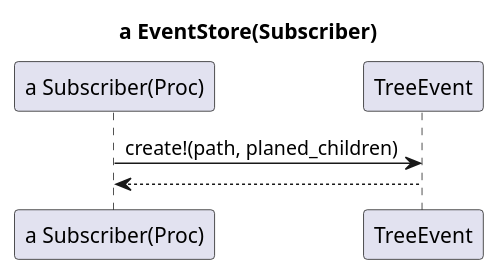
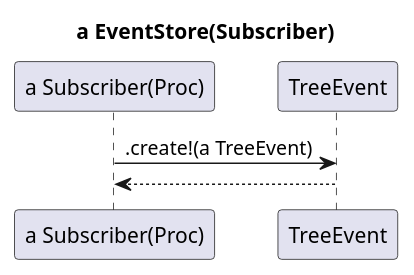
Before and after one commit to mokuo/tennis-court-agent: the third of 4 diagrams in docs/yokohama/yokohama.pu, drawn with PlantUML. The commit also changed other lines of this file and 4 other files, not shown here.

Commit message:
s PlantUML でシーケンス図を作成

```diff
--- a/docs/yokohama/yokohama.pu
+++ b/docs/yokohama/yokohama.pu
@@ -90,6 +87,6 @@
 @startuml event_store
 title a EventStore(Subscriber)
 
-"a Subscriber(Proc)" -> "TreeEvent": create!(path, planed_children)
+"a Subscriber(Proc)" -> "TreeEvent": .create!(a TreeEvent)
 "a Subscriber(Proc)" <-- "TreeEvent"
 @enduml
```
